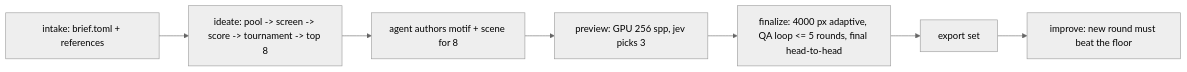
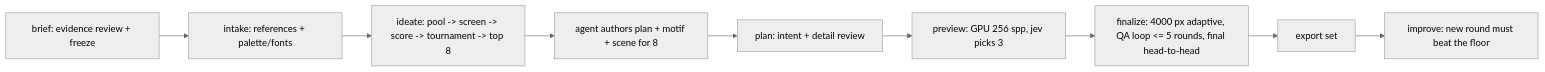
The diagram in docs/architecture.md (nicolas-found42/logo-maker), drawn with Mermaid (neutral theme) before and after one commit. The commit also changed other lines of this file and 381 other files, not shown here.

First line of the commit message:
Add evidence-first brief and concept review workflow

````diff
--- a/docs/architecture.md
+++ b/docs/architecture.md
@@ -16,9 +16,11 @@
 ```mermaid
 flowchart LR
-  intake[intake: brief.toml + references] --> ideate[ideate: pool -> screen -> score -> tournament -> top 8]
-  ideate --> author[agent authors motif + scene for 8]
-  author --> preview[preview: GPU 256 spp, jev picks 3]
+  brief[brief: evidence review + freeze] --> intake[intake: references + palette/fonts]
+  intake --> ideate[ideate: pool -> screen -> score -> tournament -> top 8]
+  ideate --> author[agent authors plan + motif + scene for 8]
+  author --> plan[plan: intent + detail review]
+  plan --> preview[preview: GPU 256 spp, jev picks 3]
   preview --> finalize[finalize: 4000 px adaptive, QA loop <= 5 rounds, final head-to-head]
   finalize --> export[export set]
   export --> improve[improve: new round must beat the floor]
 ```
````
